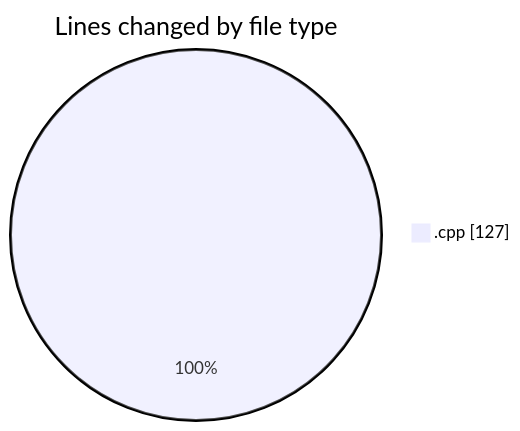
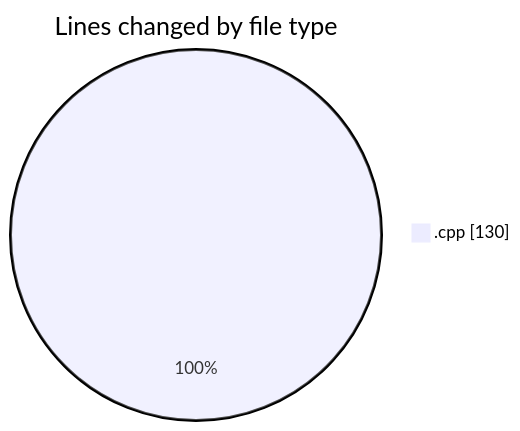
One commit to Netris89/code-tracking changed the first of 2 diagrams in 2025-03-31/echo/README.md. Above: the diagram before and after it, drawn with Mermaid. The commit also changed other lines of this file and 1 other file, not shown here.

````diff
--- a/2025-03-31/echo/README.md
+++ b/2025-03-31/echo/README.md
@@ -20,5 +20,5 @@
 ```mermaid
 pie showData
 title Lines changed by file type
-".cpp" : 127
+".cpp" : 130
 ```
````
